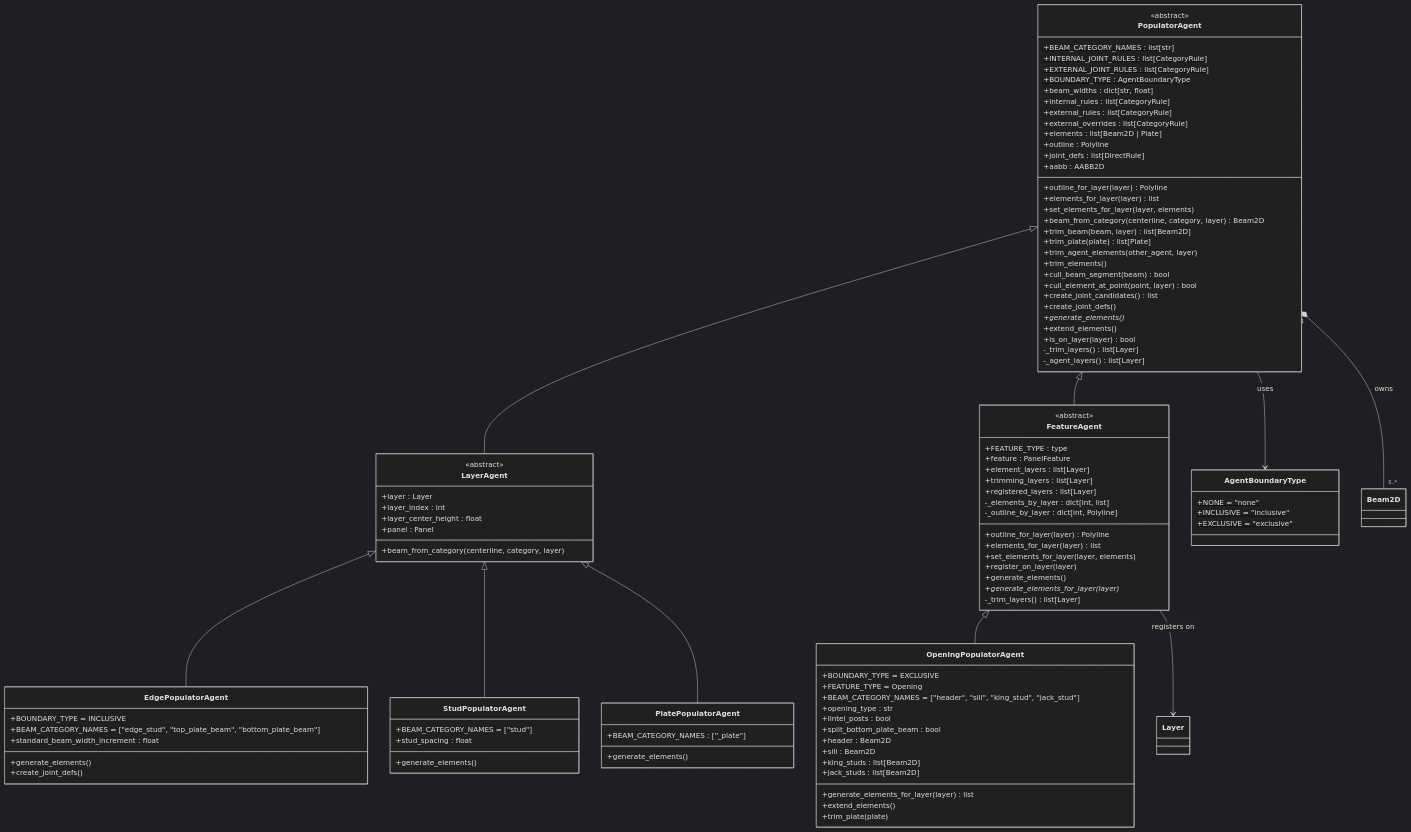
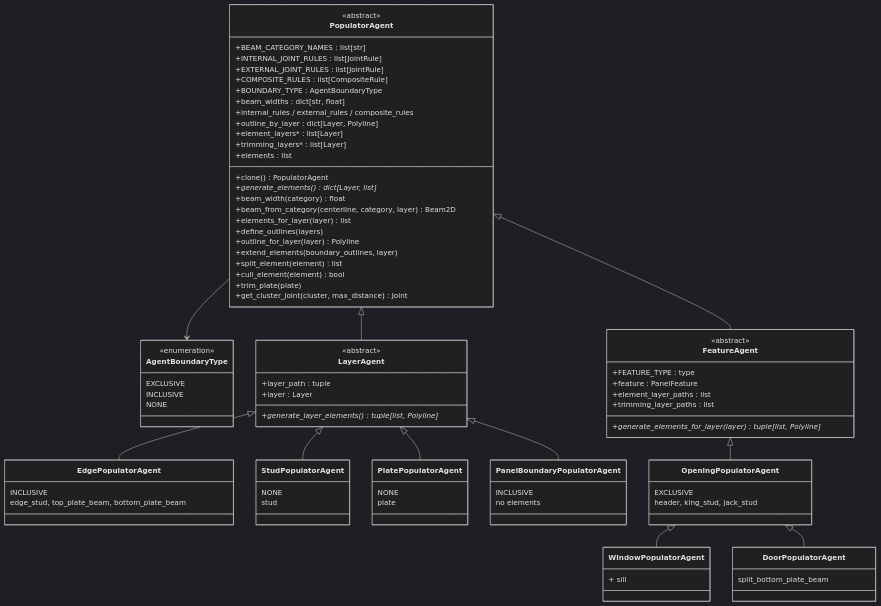
Before and after one commit to gramaziokohler/timber_design: the second of 4 diagrams in docs/contribution/class_diagrams.md, drawn with Mermaid (dark theme). The commit also changed other lines of this file and 40 other files, not shown here.

````diff
--- a/docs/contribution/class_diagrams.md
+++ b/docs/contribution/class_diagrams.md
@@ -208,115 +77,92 @@
 ```mermaid
 classDiagram
+    direction TB
 
     class PopulatorAgent {
         <<abstract>>
-        +BEAM_CATEGORY_NAMES : list[str]$
-        +INTERNAL_JOINT_RULES : list[CategoryRule]$
-        +EXTERNAL_JOINT_RULES : list[CategoryRule]$
-        +BOUNDARY_TYPE : AgentBoundaryType$
+        +BEAM_CATEGORY_NAMES : list[str]
+        +INTERNAL_JOINT_RULES : list[JointRule]
+        +EXTERNAL_JOINT_RULES : list[JointRule]
+        +COMPOSITE_RULES : list[CompositeRule]
+        +BOUNDARY_TYPE : AgentBoundaryType
         +beam_widths : dict[str, float]
-        +internal_rules : list[CategoryRule]
-        +external_rules : list[CategoryRule]
-        +external_overrides : list[CategoryRule]
-        +elements : list[Beam2D | Plate]
-        +outline : Polyline
-        +joint_defs : list[DirectRule]
-        +aabb : AABB2D
+        +internal_rules / external_rules / composite_rules
+        +outline_by_layer : dict[Layer, Polyline]
+        +element_layers* : list[Layer]
+        +trimming_layers* : list[Layer]
+        +elements : list
+        +clone() PopulatorAgent
+        +generate_elements()* dict[Layer, list]
+        +beam_width(category) float
+        +beam_from_category(centerline, category, layer) Beam2D
+        +elements_for_layer(layer) list
+        +define_outlines(layers)
         +outline_for_layer(layer) Polyline
-        +elements_for_layer(layer) list
-        +set_elements_for_layer(layer, elements)
-        +beam_from_category(centerline, category, layer) Beam2D
-        +trim_beam(beam, layer) list[Beam2D]
-        +trim_plate(plate) list[Plate]
-        +trim_agent_elements(other_agent, layer)
-        +trim_elements()
-        +cull_beam_segment(beam) bool
-        +cull_element_at_point(point, layer) bool
-        +create_joint_candidates() list
-        +create_joint_defs()
-        +generate_elements()*
-        +extend_elements()
-        +is_on_layer(layer) bool
-        -_trim_layers() list[Layer]
-        -_agent_layers() list[Layer]
+        +extend_elements(boundary_outlines, layer)
+        +split_element(element) list
+        +cull_element(element) bool
+        +trim_plate(plate)
+        +get_cluster_joint(cluster, max_distance) Joint
+    }
+
+    class AgentBoundaryType {
+        <<enumeration>>
+        EXCLUSIVE
+        INCLUSIVE
+        NONE
     }
 
     class LayerAgent {
         <<abstract>>
+        +layer_path : tuple
         +layer : Layer
-        +layer_index : int
-        +layer_center_height : float
-        +panel : Panel
-        +beam_from_category(centerline, category, layer)
+        +generate_layer_elements()* tuple[list, Polyline]
     }
 
     class FeatureAgent {
         <<abstract>>
-        +FEATURE_TYPE : type$
+        +FEATURE_TYPE : type
         +feature : PanelFeature
-        +element_layers : list[Layer]
-        +trimming_layers : list[Layer]
-        +registered_layers : list[Layer]
-        -_elements_by_layer : dict[int, list]
-        -_outline_by_layer : dict[int, Polyline]
-        +outline_for_layer(layer) Polyline
-        +elements_for_layer(layer) list
-        +set_elements_for_layer(layer, elements)
-        +register_on_layer(layer)
-        +generate_elements()
-        +generate_elements_for_layer(layer)*
-        -_trim_layers() list[Layer]
+        +element_layer_paths : list
+        +trimming_layer_paths : list
+        +generate_elements_for_layer(layer)* tuple[list, Polyline]
     }
 
     class EdgePopulatorAgent {
-        +BOUNDARY_TYPE = INCLUSIVE
-        +BEAM_CATEGORY_NAMES = ["edge_stud", "top_plate_beam", "bottom_plate_beam"]
-        +standard_beam_width_increment : float
-        +generate_elements()
-        +create_joint_defs()
+        INCLUSIVE
+        edge_stud, top_plate_beam, bottom_plate_beam
     }
-
     class StudPopulatorAgent {
-        +BEAM_CATEGORY_NAMES = ["stud"]
-        +stud_spacing : float
-        +generate_elements()
+        NONE
+        stud
     }
-
     class PlatePopulatorAgent {
-        +BEAM_CATEGORY_NAMES : ["<layer-name>_plate"]
-        +generate_elements()
+        NONE
+        plate
     }
-
+    class PanelBoundaryPopulatorAgent {
+        INCLUSIVE
+        no elements
+    }
     class OpeningPopulatorAgent {
-        +BOUNDARY_TYPE = EXCLUSIVE
-        +FEATURE_TYPE = Opening
-        +BEAM_CATEGORY_NAMES = ["header", "sill", "king_stud", "jack_stud"]
-        +opening_type : str
-        +lintel_posts : bool
-        +split_bottom_plate_beam : bool
-        +header : Beam2D
-        +sill : Beam2D
-        +king_studs : list[Beam2D]
-        +jack_studs : list[Beam2D]
-        +generate_elements_for_layer(layer) list
-        +extend_elements()
-        +trim_plate(plate)
+        EXCLUSIVE
+        header, king_stud, jack_stud
     }
-
-    class AgentBoundaryType {
-        +NONE = "none"$
-        +INCLUSIVE = "inclusive"$
-        +EXCLUSIVE = "exclusive"$
+    class WindowPopulatorAgent {
+        + sill
+    }
+    class DoorPopulatorAgent {
+        split_bottom_plate_beam
     }
 
     PopulatorAgent <|-- LayerAgent
     PopulatorAgent <|-- FeatureAgent
+    PopulatorAgent --> AgentBoundaryType
     LayerAgent <|-- EdgePopulatorAgent
     LayerAgent <|-- StudPopulatorAgent
     LayerAgent <|-- PlatePopulatorAgent
+    LayerAgent <|-- PanelBoundaryPopulatorAgent
     FeatureAgent <|-- OpeningPopulatorAgent
-
-    PopulatorAgent --> AgentBoundaryType : uses
-    PopulatorAgent "1" *-- "0..*" Beam2D : owns
-    FeatureAgent --> Layer : registers on
+    OpeningPopulatorAgent <|-- WindowPopulatorAgent
+    OpeningPopulatorAgent <|-- DoorPopulatorAgent
 ```
````
